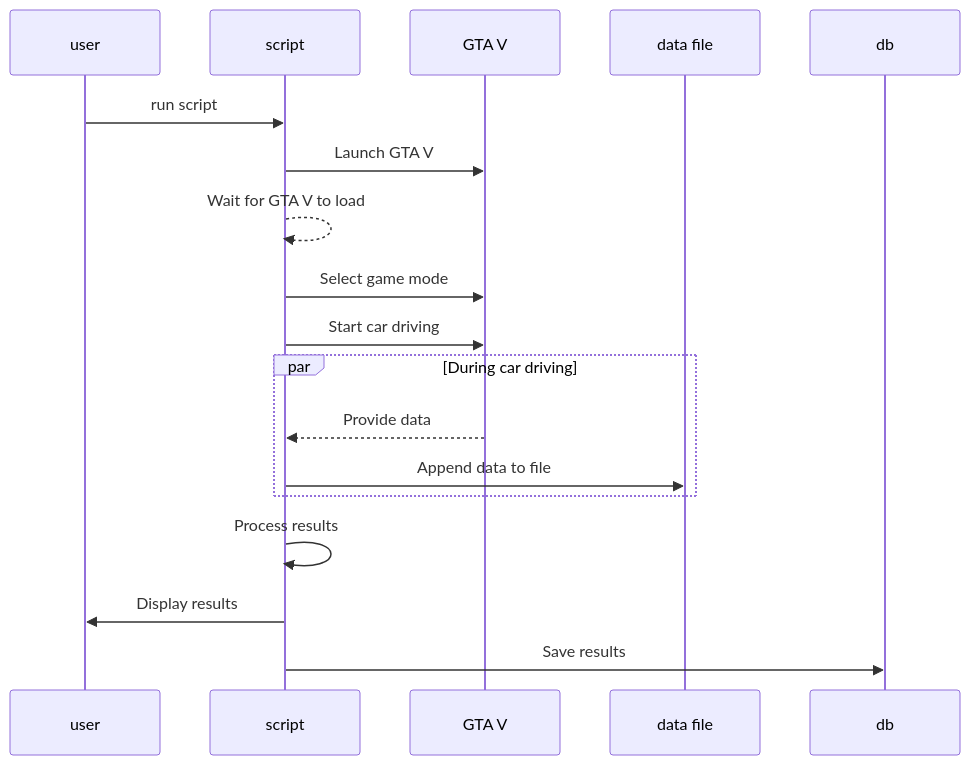
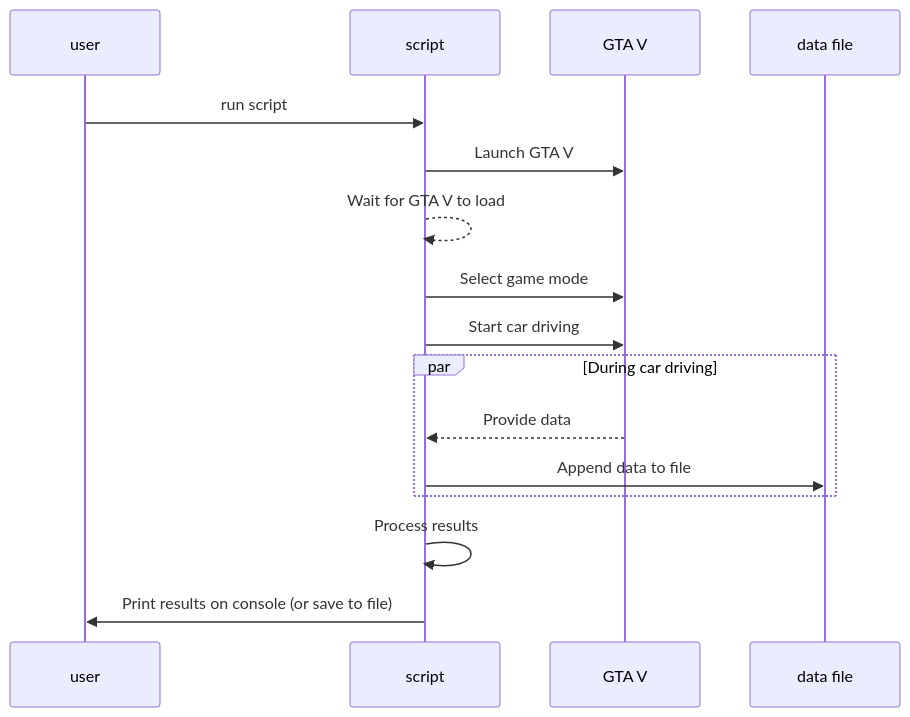
One commit to Gochad/AutoGuard changed the diagram in README.md. Above: the diagram before and after it, drawn with Mermaid. The commit also changed other lines of this file, not shown here.

````diff
--- a/README.md
+++ b/README.md
@@ -28,23 +30,21 @@
 ```mermaid
 sequenceDiagram
     participant user as user
     participant script as script
     participant GTA as GTA V
     participant file as data file
-    participant db as db
 
     user->>script: run script
     script->>GTA: Launch GTA V
     script-->>script: Wait for GTA V to load
     script->>GTA: Select game mode
     script->>GTA: Start car driving
 
     par During car driving
         GTA-->>script: Provide data
         script->>file: Append data to file
     end
 
     script->>script: Process results
-    script->>user: Display results
-    script->>db: Save results
+    script->>user: Print results on console (or save to file)
 ```
````
